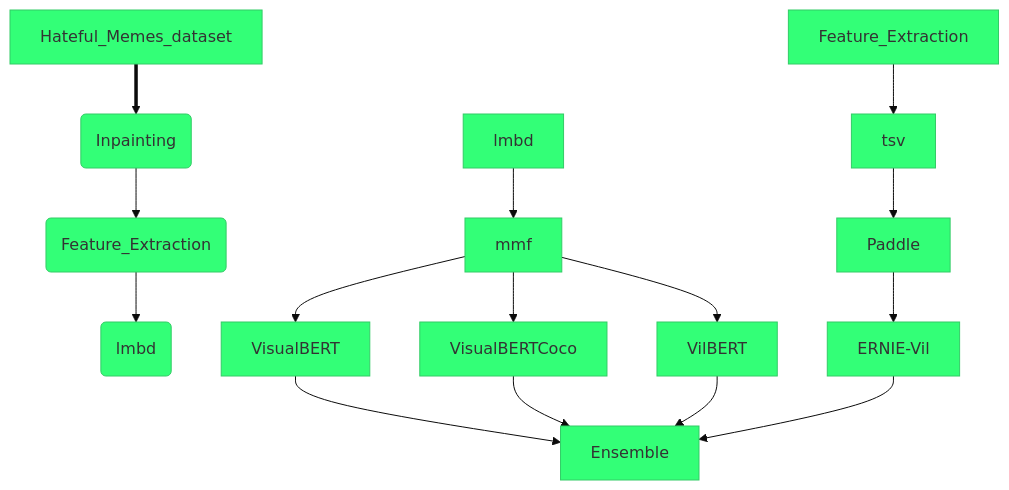
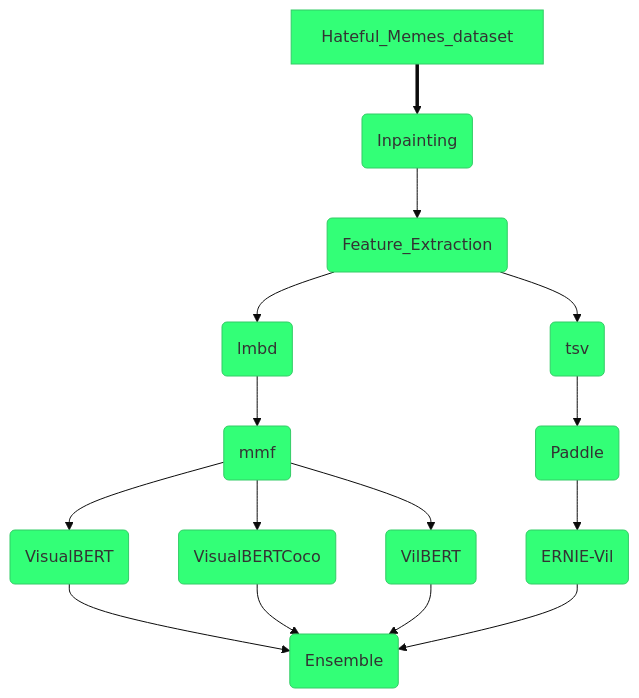
The diagram in README.md (JanLeyva/approach_TFM), drawn with Mermaid before and after one commit.

````diff
--- a/README.md
+++ b/README.md
@@ -8,20 +8,20 @@
 ```mermaid
 %%{init: {'theme': 'base', 'themeVariables': { 'primaryColor': '#33FF77', 
 'edgeLabelBackground':'#030600', 'secondaryColor': '#050600','tertiaryColor': '#33CAFF',
 'defaultLinkColor': '#000605'}}}%%
   graph TD;
-      Hateful_Memes_dataset==>B(Inpainting);
+      A[Hateful_Memes_dataset]==>B(Inpainting);
       B-->C(Feature_Extraction)
       C-->D(lmbd);
-      Feature_Extraction-->tsv;
-      tsv-->Paddle;
-      Paddle-->ERNIE-Vil;
-      lmbd-->mmf;
-      mmf-->VisualBERT;
-	  mmf-->VisualBERTCoco;
-      mmf-->VilBERT;
-      VisualBERT-->Ensemble;
-      VisualBERTCoco-->Ensemble;
-      VilBERT-->Ensemble;
-      ERNIE-Vil-->Ensemble;
+      C-->E(tsv);
+      E-->F(Paddle);
+      F-->G(ERNIE-Vil);
+      D-->H(mmf);
+      H-->I(VisualBERT);
+      H-->J(VisualBERTCoco);
+      H-->K(VilBERT);
+      I-->L(Ensemble);
+      J-->L;
+      K-->L;
+      G-->L;
 ```
````
